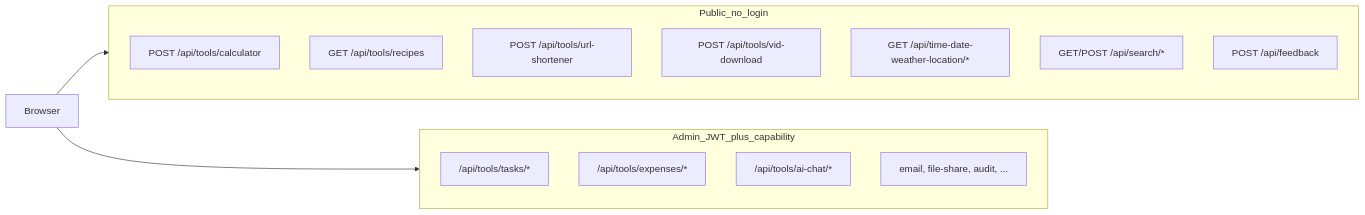
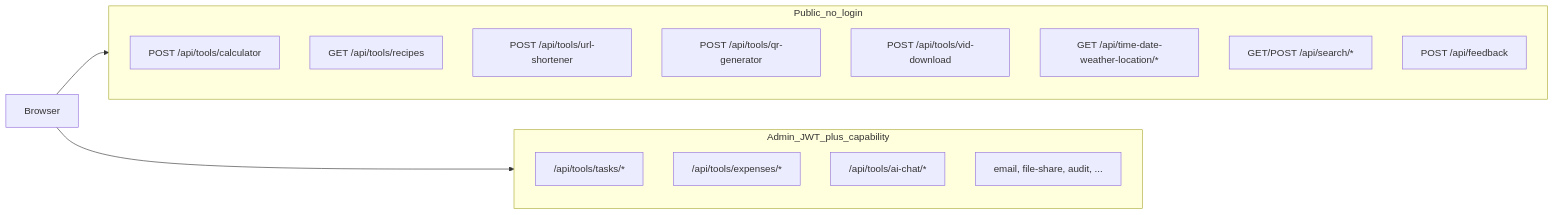
The diagram in docs/reference/api-tools.md (GlebLOrange/personal-glorng), drawn with Mermaid before and after one commit. The commit also changed 1 other file, not shown here.

Commit message:
docs(security): record QR generator privacy options from review

````diff
--- a/docs/reference/api-tools.md
+++ b/docs/reference/api-tools.md
@@ -9,20 +9,21 @@
 ```mermaid
 flowchart LR
   subgraph public [Public_no_login]
     Calculator["POST /api/tools/calculator"]
     RecipesRead["GET /api/tools/recipes"]
     ShortCreate["POST /api/tools/url-shortener"]
+    QrGen["POST /api/tools/qr-generator"]
     VidDl["POST /api/tools/vid-download"]
     Weather["GET /api/time-date-weather-location/*"]
     Search["GET/POST /api/search/*"]
     Feedback["POST /api/feedback"]
   end
   subgraph admin [Admin_JWT_plus_capability]
     Tasks["/api/tools/tasks/*"]
     Expenses["/api/tools/expenses/*"]
     AiChat["/api/tools/ai-chat/*"]
     More["email, file-share, audit, ..."]
   end
   Browser --> public
   Browser --> admin
 ```
````
